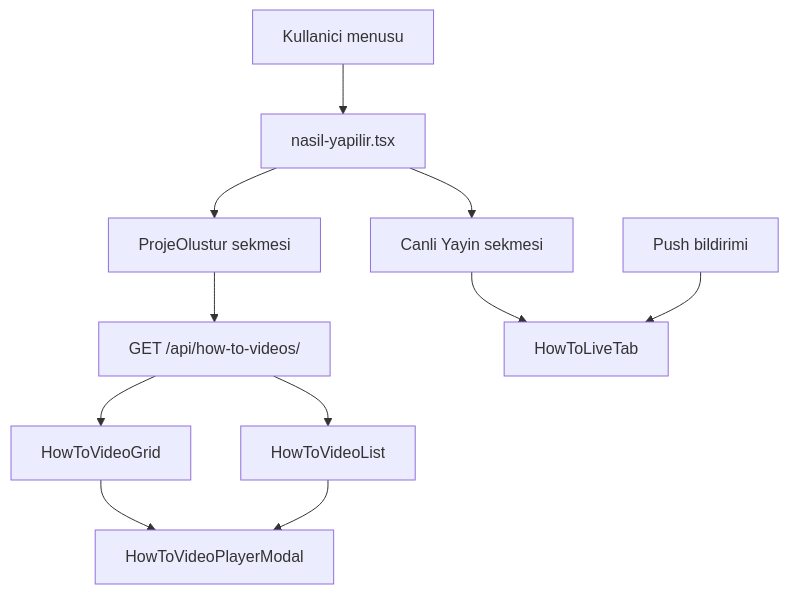
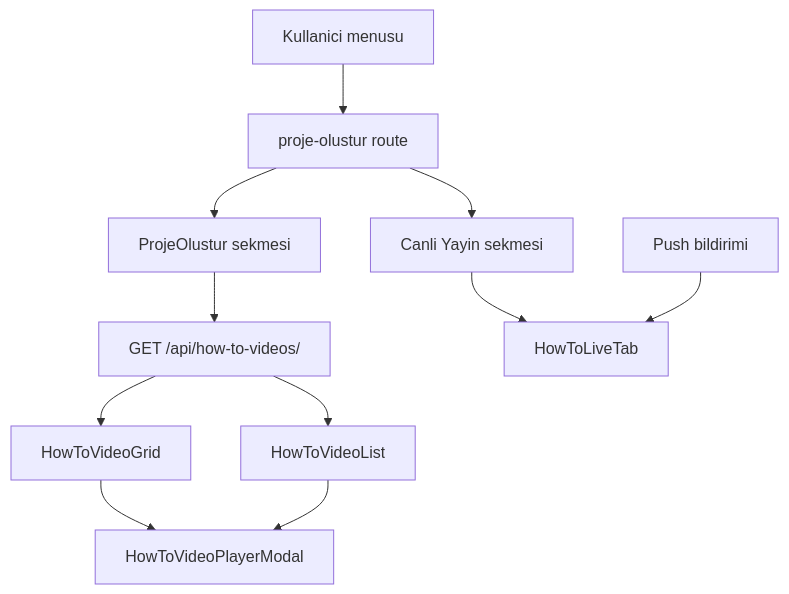
The diagram in docs/components/nasil_yapilir_videolari.md (proparcel/mobil), drawn with Mermaid before and after one commit. The commit also changed other lines of this file and 5 other files, not shown here.

First line of the commit message:
feat: ProjeOlustur route ve deep link'i proje-olustur yap

````diff
--- a/docs/components/nasil_yapilir_videolari.md
+++ b/docs/components/nasil_yapilir_videolari.md
@@ -7,13 +7,13 @@
 ```mermaid
 flowchart TD
-  menu[Kullanici menusu] --> screen[nasil-yapilir.tsx]
+  menu[Kullanici menusu] --> screen[proje-olustur route]
   screen --> tabVideos[ProjeOlustur sekmesi]
   screen --> tabLive[Canli Yayin sekmesi]
   tabVideos --> api["GET /api/how-to-videos/"]
   api --> grid[HowToVideoGrid]
   api --> list[HowToVideoList]
   grid --> modal[HowToVideoPlayerModal]
   list --> modal
   tabLive --> live[HowToLiveTab]
   push[Push bildirimi] --> live
 ```
````
